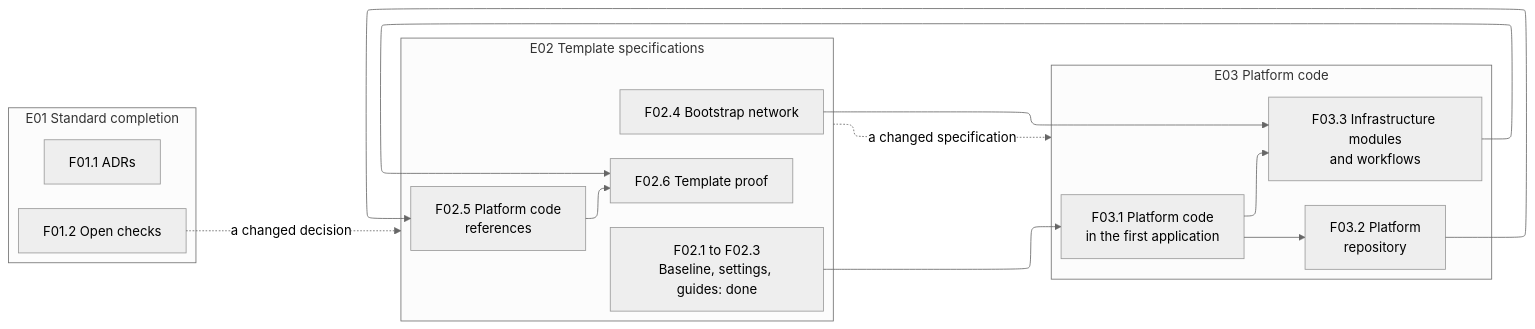
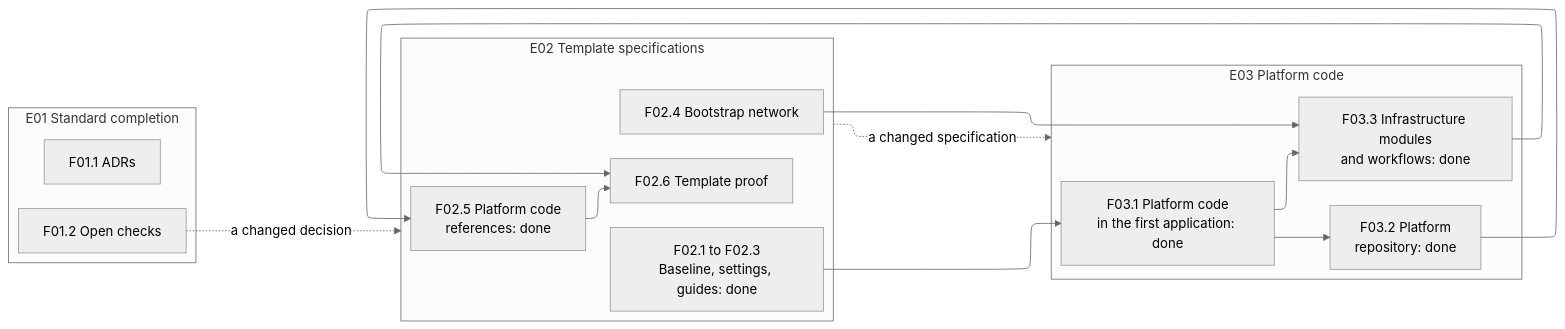
One commit to supermanchris4/ai-app-standard changed the diagram in work/README.md. Above: the diagram before and after it, drawn with Mermaid (neutral theme). The commit also changed other lines of this file and 3 other files, not shown here.

````diff
--- a/work/README.md
+++ b/work/README.md
@@ -61,28 +61,28 @@
 ```mermaid
 ---
 config:
   layout: elk
 ---
 flowchart LR
   subgraph E01[E01 Standard completion]
     F011[F01.1 ADRs]
     F012[F01.2 Open checks]
   end
   subgraph E02[E02 Template specifications]
     F021[F02.1 to F02.3<br/>Baseline, settings, guides: done]
     F024[F02.4 Bootstrap network]
-    F025[F02.5 Platform code<br/>references]
+    F025[F02.5 Platform code<br/>references: done]
     F026[F02.6 Template proof]
   end
   subgraph E03[E03 Platform code]
-    F031[F03.1 Platform code<br/>in the first application] --> F032[F03.2 Platform<br/>repository]
-    F031 --> F033[F03.3 Infrastructure modules<br/>and workflows]
+    F031[F03.1 Platform code<br/>in the first application: done] --> F032[F03.2 Platform<br/>repository: done]
+    F031 --> F033[F03.3 Infrastructure modules<br/>and workflows: done]
   end
   F021 --> F031
   F024 --> F033
   F032 --> F025
   F025 --> F026
   F033 --> F026
   F012 -. a changed decision .-> E02
   E02 -. a changed specification .-> E03
 ```
````
